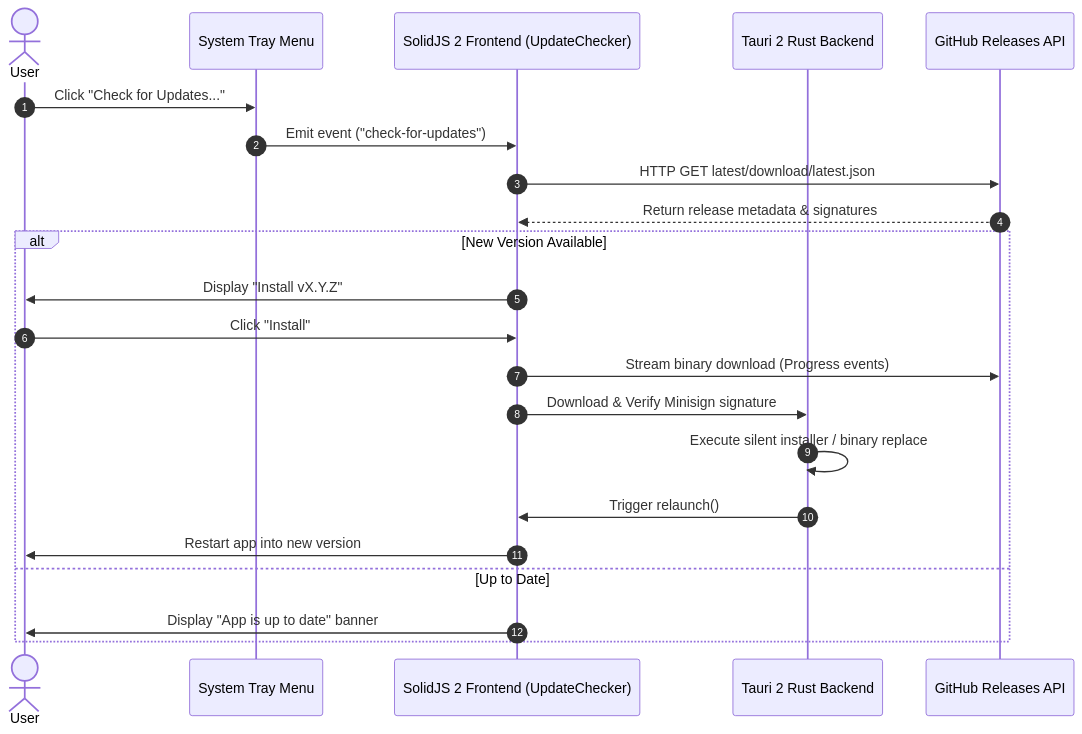
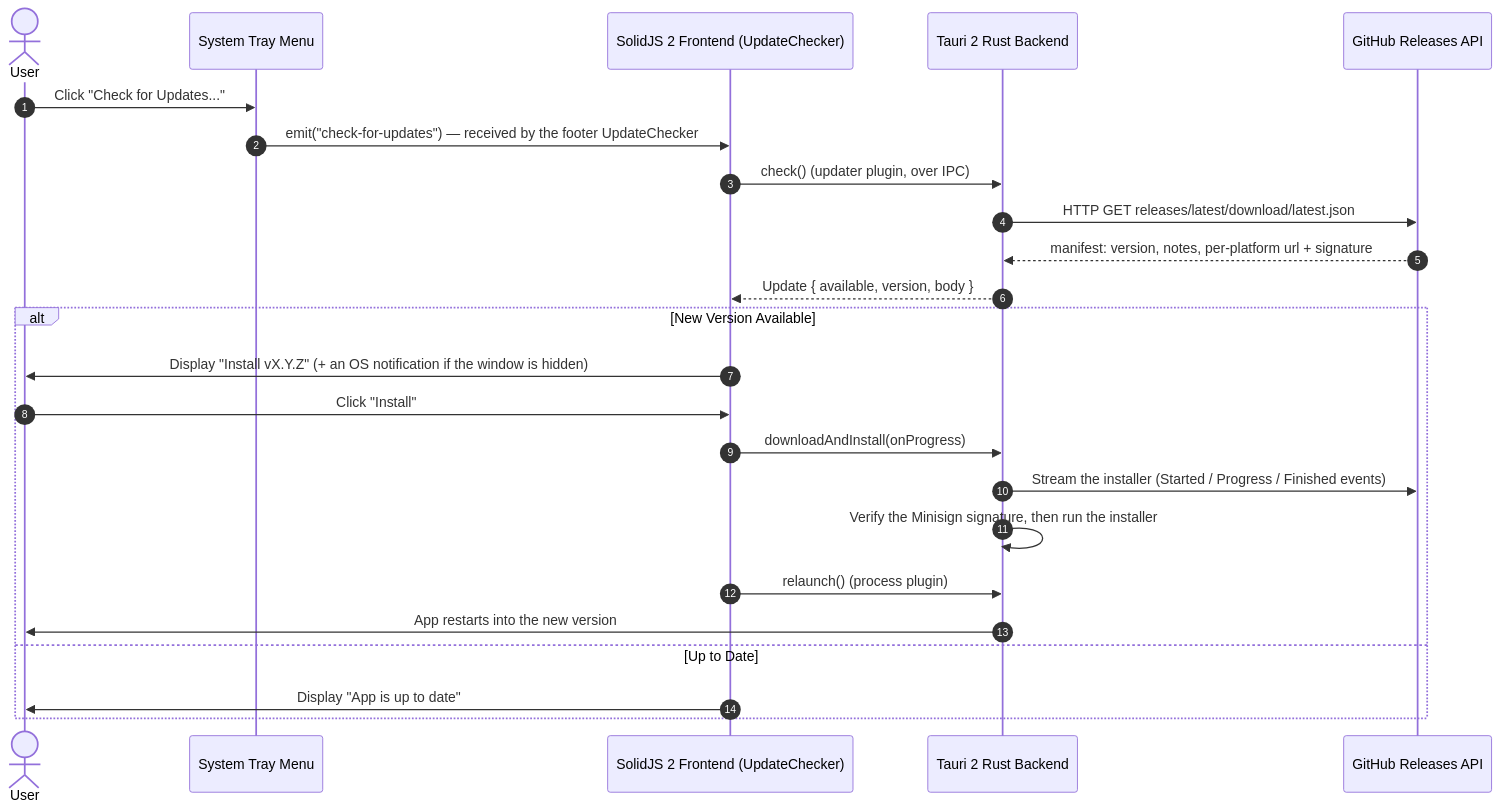
The diagram in AUTO-UPDATE.md (NairoDorian/Minimalistic_App), drawn with Mermaid before and after one commit. The commit also changed other lines of this file and 41 other files, not shown here.

````diff
--- a/AUTO-UPDATE.md
+++ b/AUTO-UPDATE.md
@@ -11,25 +11,27 @@
 ```mermaid
 sequenceDiagram
     autonumber
     actor User
     participant Tray as System Tray Menu
     participant UI as SolidJS 2 Frontend (UpdateChecker)
     participant Tauri as Tauri 2 Rust Backend
     participant GH as GitHub Releases API
 
     User->>Tray: Click "Check for Updates..."
-    Tray->>UI: Emit event ("check-for-updates")
-    UI->>GH: HTTP GET latest/download/latest.json
-    GH-->>UI: Return release metadata & signatures
+    Tray->>UI: emit("check-for-updates") — received by the footer UpdateChecker
+    UI->>Tauri: check()  (updater plugin, over IPC)
+    Tauri->>GH: HTTP GET releases/latest/download/latest.json
+    GH-->>Tauri: manifest: version, notes, per-platform url + signature
+    Tauri-->>UI: Update { available, version, body }
     alt New Version Available
-        UI->>User: Display "Install vX.Y.Z"
+        UI->>User: Display "Install vX.Y.Z" (+ an OS notification if the window is hidden)
         User->>UI: Click "Install"
-        UI->>GH: Stream binary download (Progress events)
-        UI->>Tauri: Download & Verify Minisign signature
-        Tauri->>Tauri: Execute silent installer / binary replace
-        Tauri->>UI: Trigger relaunch()
-        UI->>User: Restart app into new version
+        UI->>Tauri: downloadAndInstall(onProgress)
+        Tauri->>GH: Stream the installer (Started / Progress / Finished events)
+        Tauri->>Tauri: Verify the Minisign signature, then run the installer
+        UI->>Tauri: relaunch()  (process plugin)
+        Tauri->>User: App restarts into the new version
     else Up to Date
-        UI->>User: Display "App is up to date" banner
+        UI->>User: Display "App is up to date"
     end
 ```
````
